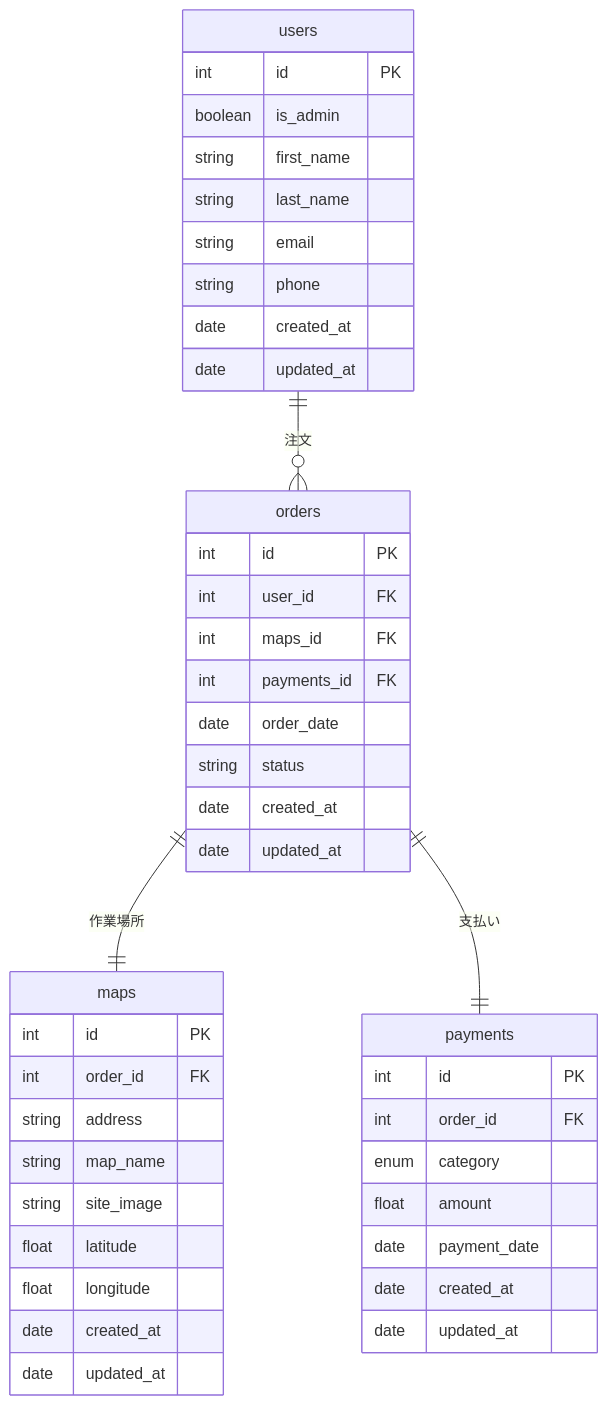
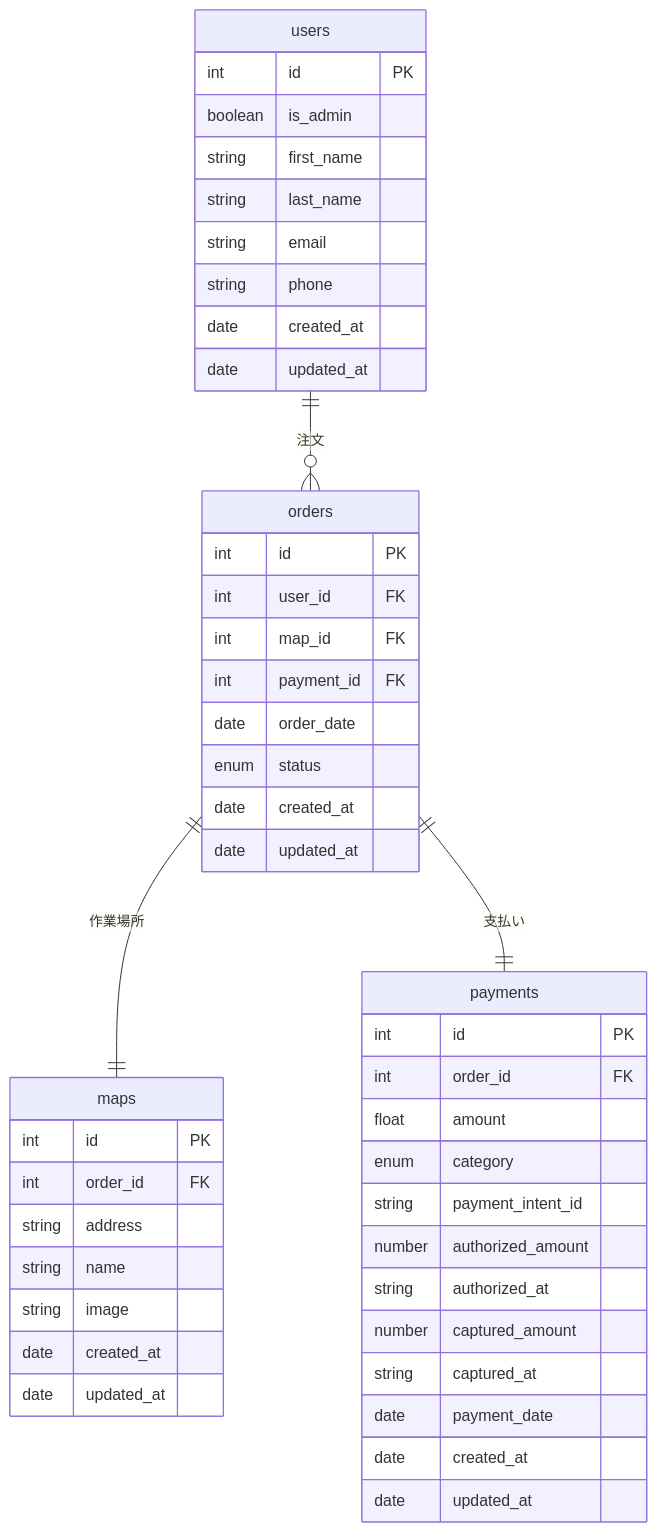
The diagram in docs/er.md (mitsukura/shikimori), drawn with Mermaid before and after one commit. The commit also changed other lines of this file, not shown here.

Commit message:
fix: paymentsの見直し

````diff
--- a/docs/er.md
+++ b/docs/er.md
@@ -3,53 +3,56 @@
 ```mermaid
 erDiagram
 
 %% エンティティ定義
 users ||--o{ orders : "注文"
 orders ||--|| maps : "作業場所"
 orders ||--|| payments : "支払い"
 
 %% エンティティ詳細
 users {
   int id PK
   boolean is_admin
   string first_name
   string last_name
   string email
   string phone
   date created_at
   date updated_at
 }
 
 orders {
   int id PK
   int user_id FK
-  int maps_id FK
-  int payments_id FK
+  int map_id FK
+  int payment_id FK
   date order_date
-  string status
+  enum status
   date created_at
   date updated_at
 }
 
 maps{
   int id PK
   int order_id FK
   string address
-  string map_name
-  string site_image
-  float latitude
-  float longitude
+  string name
+  string image
   date created_at
   date updated_at
 }
 
 payments {
   int id PK
   int order_id FK
+  float amount
   enum category
-  float amount
+  string payment_intent_id
+  number authorized_amount
+  string authorized_at
+  number captured_amount
+  string captured_at
   date payment_date
   date created_at
   date updated_at
 }
 ```
````
